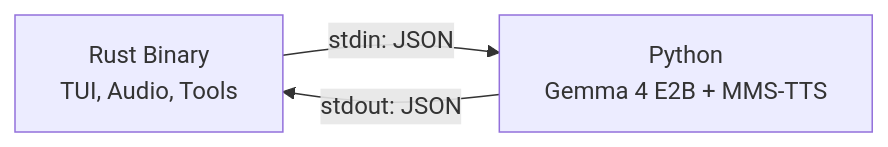
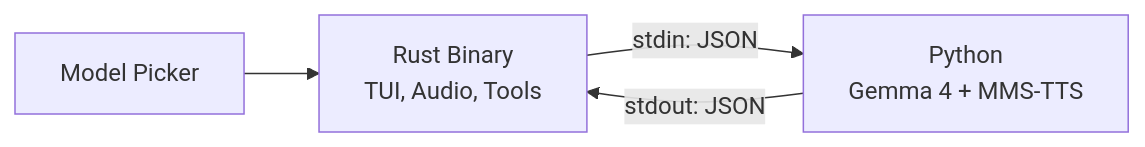
The diagram in AGENTS.md (zixma13/terminator), drawn with Mermaid before and after one commit. The commit also changed other lines of this file and 9 other files, not shown here.

````diff
--- a/AGENTS.md
+++ b/AGENTS.md
@@ -9,5 +9,6 @@
 ```mermaid
 graph LR
-    Rust["Rust Binary<br/>TUI, Audio, Tools"] -->|stdin: JSON| Python["Python<br/>Gemma 4 E2B + MMS-TTS"]
+    Picker["Model Picker"] --> Rust["Rust Binary<br/>TUI, Audio, Tools"]
+    Rust -->|stdin: JSON| Python["Python<br/>Gemma 4 + MMS-TTS"]
     Python -->|stdout: JSON| Rust
 ```
````
